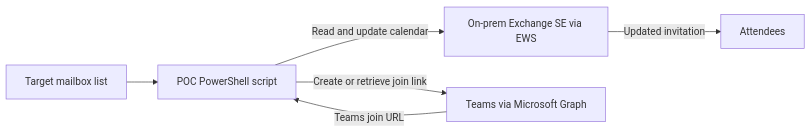
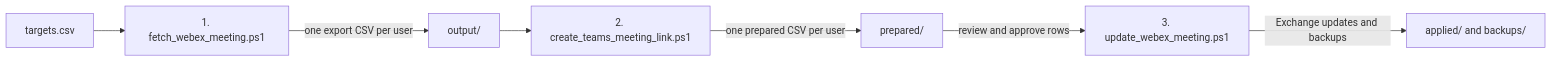
The diagram in README.md (sunilkms/Convert-WebexMeetingsToTeams), drawn with Mermaid before and after one commit. The commit also changed other lines of this file and 7 other files, not shown here.

Commit message:
Refactor Webex-to-Teams scripts into modular helpers and update docs

````diff
--- a/README.md
+++ b/README.md
@@ -14,8 +7,9 @@
 ```mermaid
 flowchart LR
-    A[Target mailbox list] --> B[POC PowerShell script]
-    B -->|Read and update calendar| C[On-prem Exchange SE via EWS]
-    B -->|Create or retrieve join link| D[Teams via Microsoft Graph]
-    D -->|Teams join URL| B
-    C -->|Updated invitation| E[Attendees]
+    A[targets.csv] --> B[1. fetch_webex_meeting.ps1]
+    B -->|one export CSV per user| C[output/]
+    C --> D[2. create_teams_meeting_link.ps1]
+    D -->|one prepared CSV per user| E[prepared/]
+    E -->|review and approve rows| F[3. update_webex_meeting.ps1]
+    F -->|Exchange updates and backups| G[applied/ and backups/]
 ```
````
